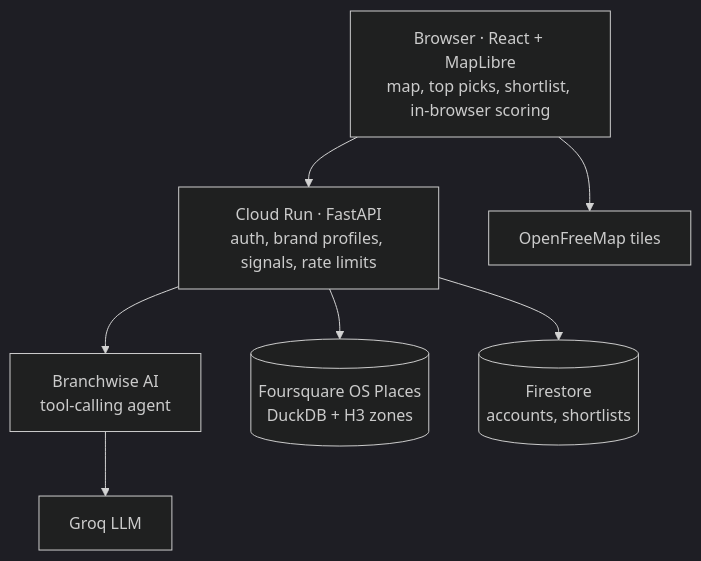
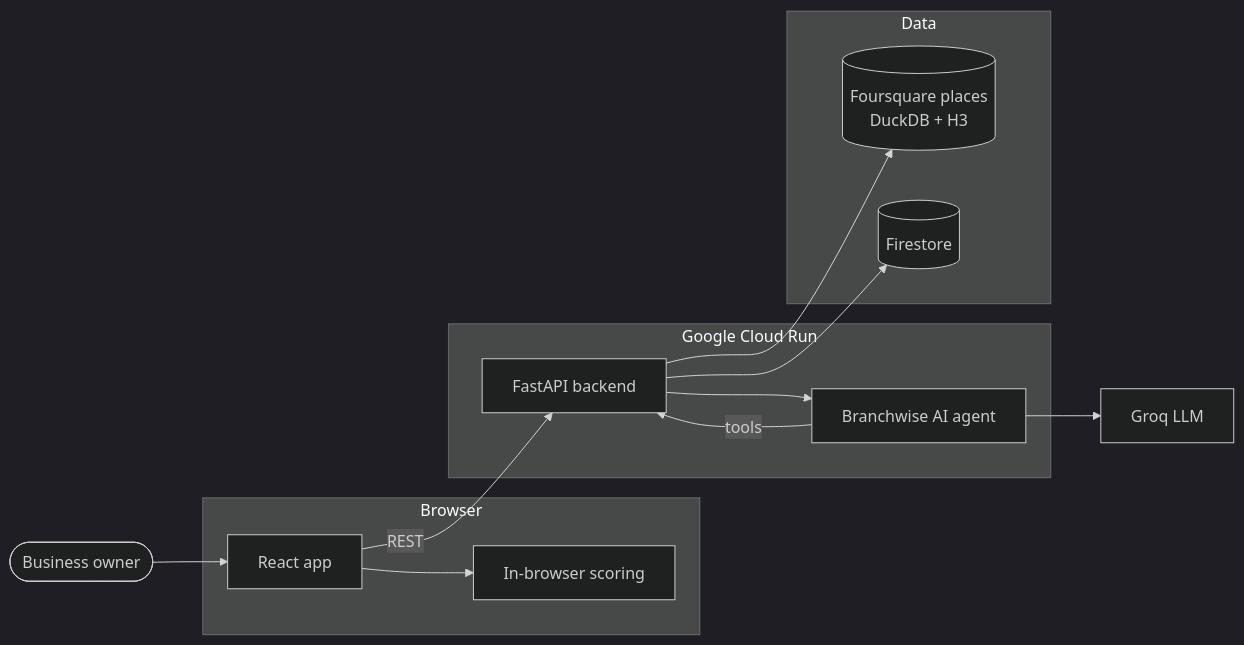
The first of 2 diagrams in README.md (pranavanand2026-design/Branchwise), drawn with Mermaid (dark theme) before and after one commit. The commit also changed other lines of this file, not shown here.

Commit message:
README: full project write-up (problem, architecture, pipeline, scoring, setup)

````diff
--- a/README.md
+++ b/README.md
@@ -9,17 +29,28 @@
 ```mermaid
-flowchart TB
-    UI["Browser · React + MapLibre<br/>map, top picks, shortlist, in-browser scoring"]
-    API["Cloud Run · FastAPI<br/>auth, brand profiles, signals, rate limits"]
-    AI["Branchwise AI<br/>tool-calling agent"]
-    POI[("Foursquare OS Places<br/>DuckDB + H3 zones")]
-    FS[("Firestore<br/>accounts, shortlists")]
-    Groq["Groq LLM"]
-    Tiles["OpenFreeMap tiles"]
+flowchart LR
+    User([Business owner])
 
-    UI --> API
-    UI --> Tiles
+    subgraph Browser
+        FE[React app]
+        SC[In-browser scoring]
+    end
+
+    subgraph GCR["Google Cloud Run"]
+        API[FastAPI backend]
+        AI[Branchwise AI agent]
+    end
+
+    subgraph Data
+        POI[(Foursquare places<br/>DuckDB + H3)]
+        FS[(Firestore)]
+    end
+
+    User --> FE
+    FE --> SC
+    FE -->|REST| API
     API --> AI
-    AI --> Groq
+    AI -->|tools| API
+    AI --> Groq[Groq LLM]
     API --> POI
     API --> FS
 ```
````
